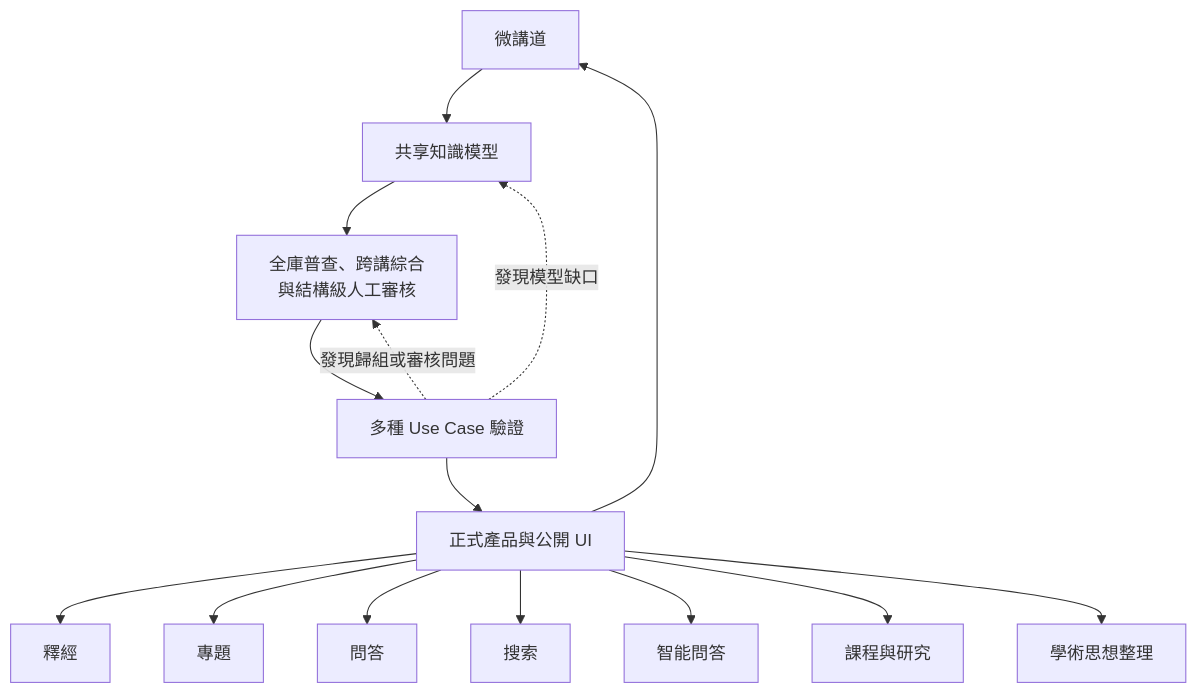
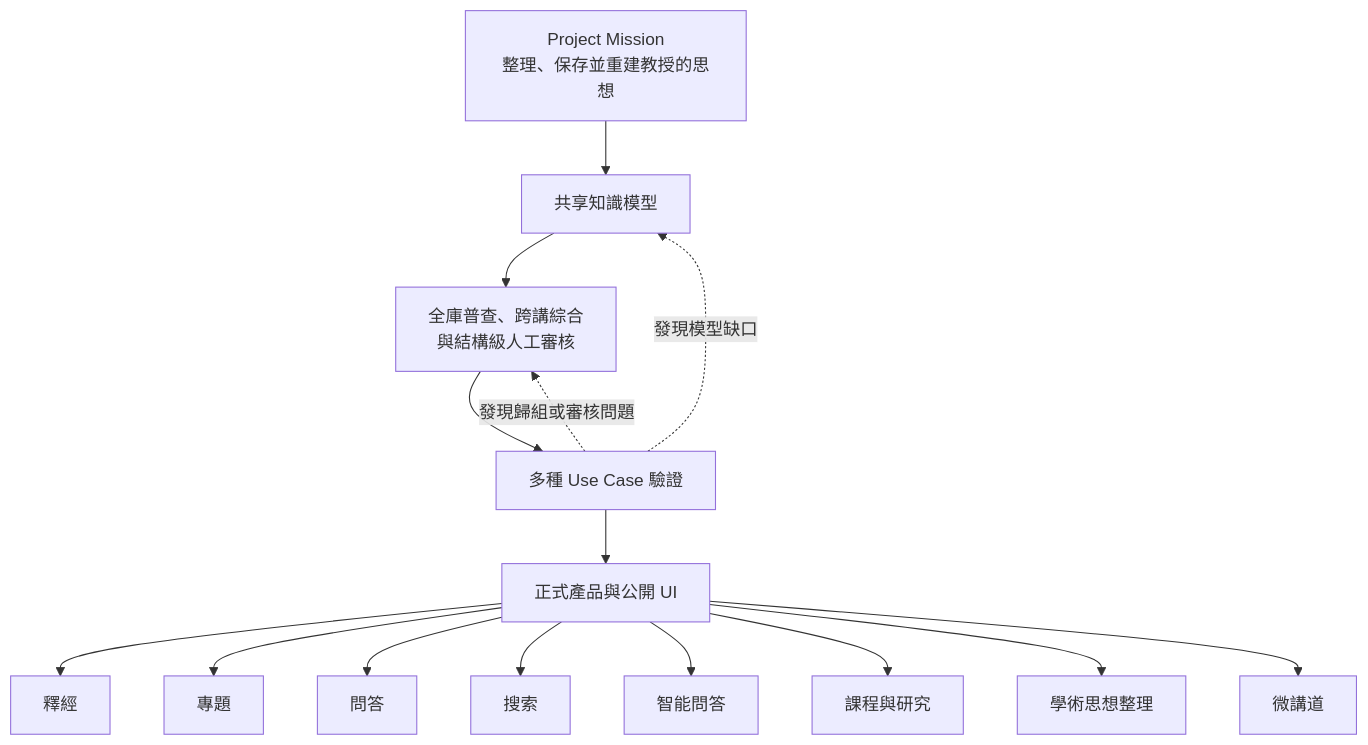
Before and after one commit to junyang168/smart-answer: the first of 9 diagrams in docs/wang-knowledge-platform/project_mission_statement.md, drawn with Mermaid. The commit also changed other lines of this file and 1 other file, not shown here.

````diff
--- a/docs/wang-knowledge-platform/project_mission_statement.md
+++ b/docs/wang-knowledge-platform/project_mission_statement.md
@@ -56,18 +90,18 @@
 ```mermaid
 flowchart TD
     M["Project Mission<br/>整理、保存並重建教授的思想"] --> K["共享知識模型"]
     K --> C["全庫普查、跨講綜合<br/>與結構級人工審核"]
     C --> V["多種 Use Case 驗證"]
     V --> P["正式產品與公開 UI"]
     P --> E["釋經"]
     P --> T["專題"]
     P --> Q["問答"]
     P --> S["搜索"]
     P --> A["智能問答"]
     P --> R["課程與研究"]
     P --> H["學術思想整理"]
-    P --> M["微講道"]
+    P --> MS["微講道"]
 
     V -. "發現模型缺口" .-> K
     V -. "發現歸組或審核問題" .-> C
 ```
````
